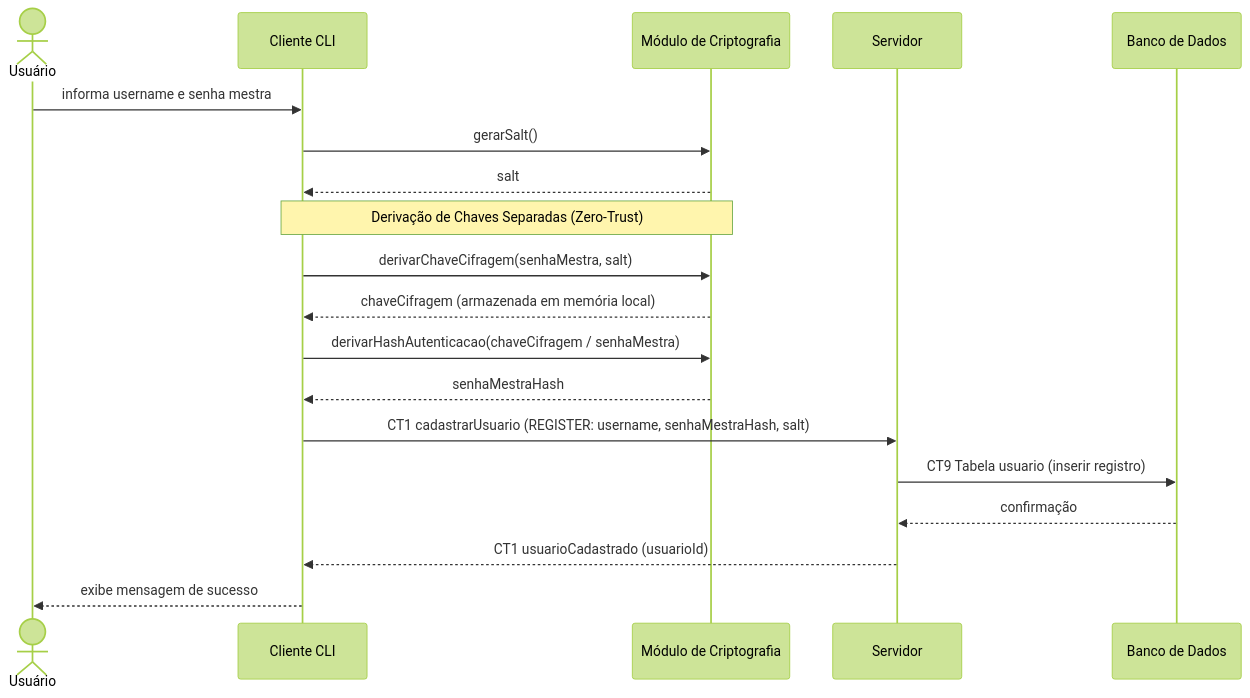
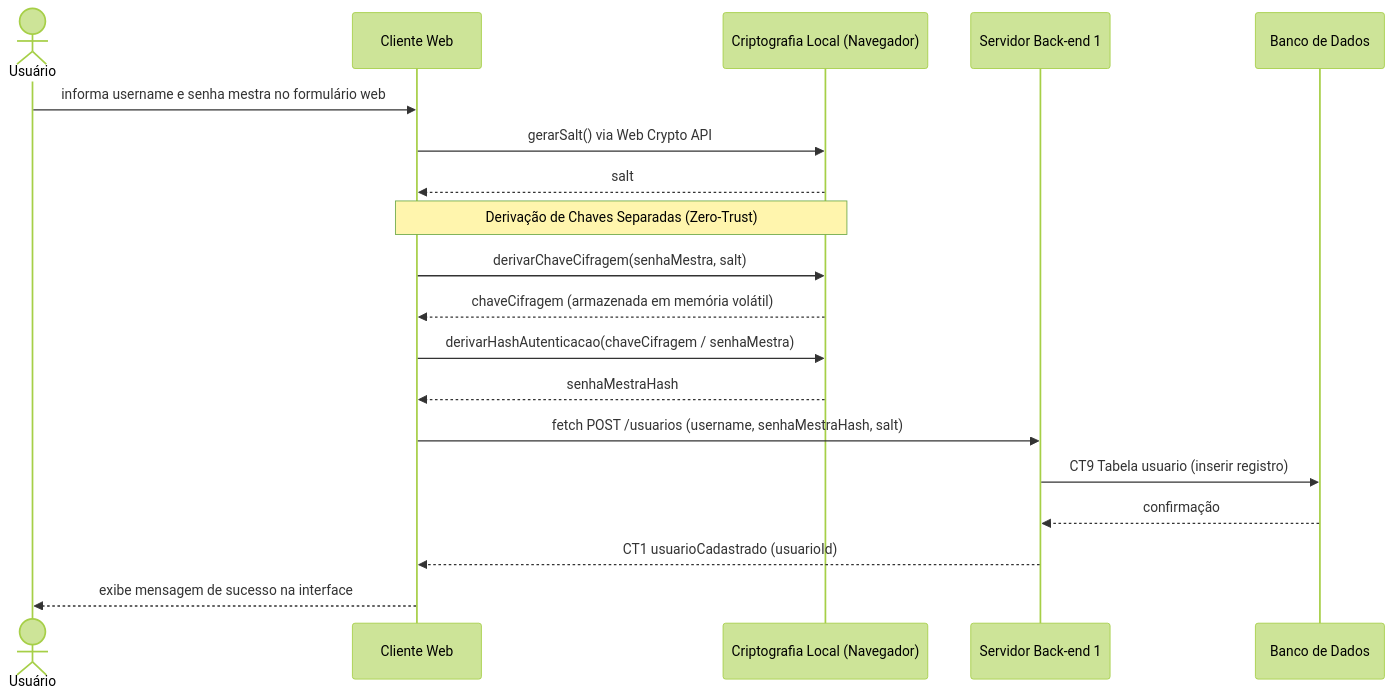
One commit to egili/pi4-0101-g6-frontend changed the diagram in docs/fluxos/E2-cadastro-usuario.md. Above: the diagram before and after it, drawn with Mermaid (forest theme). The commit also changed other lines of this file and 11 other files, not shown here.

Commit message:
fix(cliente): remove referencias a CLI e consolida front-end web com API e cifragem local (refs #834, TASK H05.3)

````diff
--- a/docs/fluxos/E2-cadastro-usuario.md
+++ b/docs/fluxos/E2-cadastro-usuario.md
@@ -20,22 +20,22 @@
 ```mermaid
 sequenceDiagram
     actor U as Usuário
-    participant C as Cliente CLI
-    participant CM as Módulo de Criptografia
-    participant S as Servidor
+    participant C as Cliente Web
+    participant CM as Criptografia Local (Navegador)
+    participant S as Servidor Back-end 1
     participant DB as Banco de Dados
 
-    U->>C: informa username e senha mestra
-    C->>CM: gerarSalt()
+    U->>C: informa username e senha mestra no formulário web
+    C->>CM: gerarSalt() via Web Crypto API
     CM-->>C: salt
     Note over C,CM: Derivação de Chaves Separadas (Zero-Trust)
     C->>CM: derivarChaveCifragem(senhaMestra, salt)
-    CM-->>C: chaveCifragem (armazenada em memória local)
+    CM-->>C: chaveCifragem (armazenada em memória volátil)
     C->>CM: derivarHashAutenticacao(chaveCifragem / senhaMestra)
     CM-->>C: senhaMestraHash
-    C->>S: CT1 cadastrarUsuario (REGISTER: username, senhaMestraHash, salt)
+    C->>S: fetch POST /usuarios (username, senhaMestraHash, salt)
     S->>DB: CT9 Tabela usuario (inserir registro)
     DB-->>S: confirmação
     S-->>C: CT1 usuarioCadastrado (usuarioId)
-    C-->>U: exibe mensagem de sucesso
+    C-->>U: exibe mensagem de sucesso na interface
 ```
````
